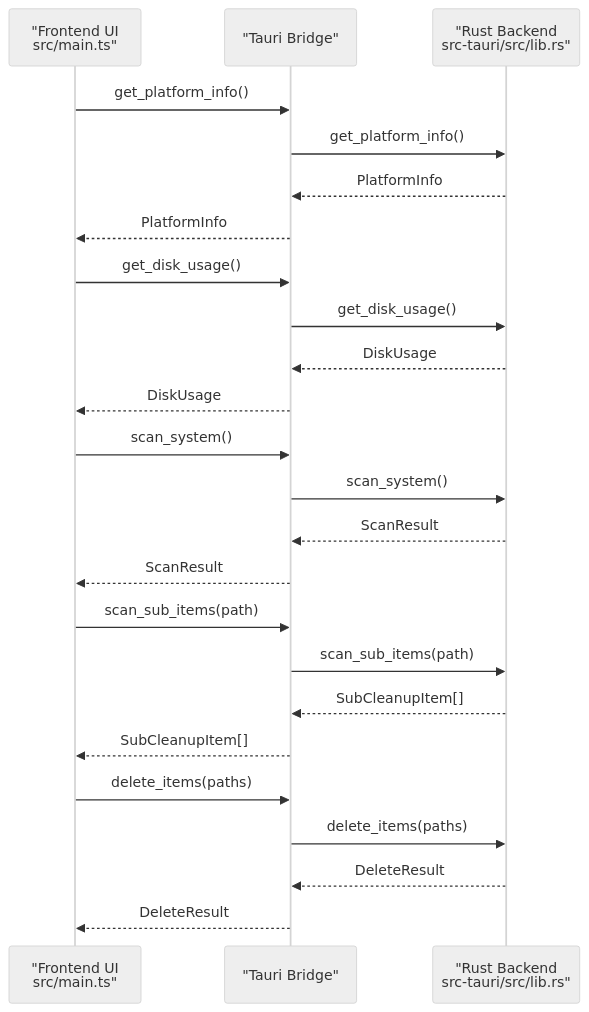
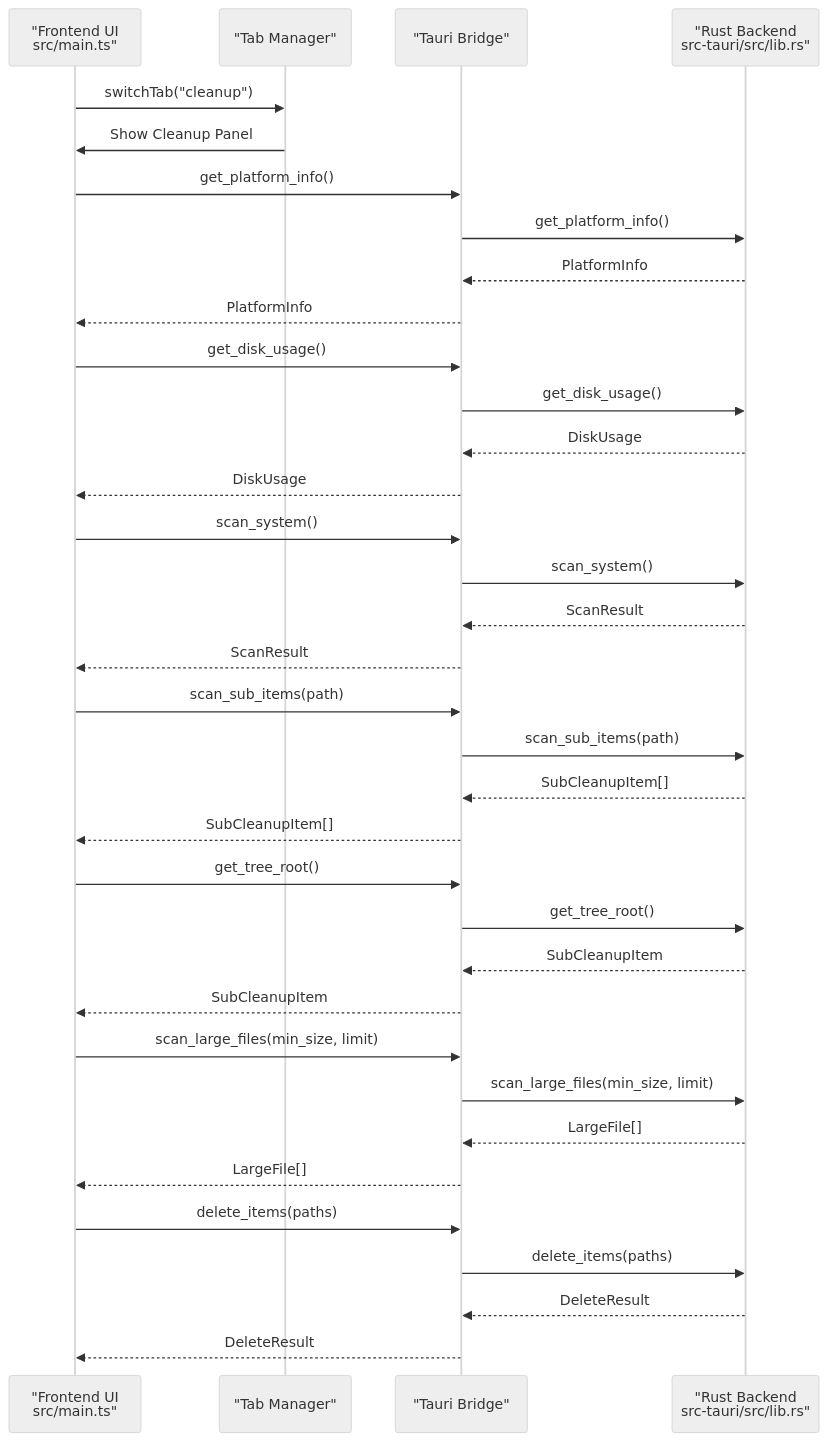
Before and after one commit to mrtruongleo/FreeSpaceMacos: the second of 12 diagrams in .qoder/repowiki/en/content/Core Features Documentation/Core Features Documentation.md, drawn with Mermaid (neutral theme). The commit also changed other lines of this file and 31 other files, not shown here.

````diff
--- a/.qoder/repowiki/en/content/Core Features Documentation/Core Features Documentation.md
+++ b/.qoder/repowiki/en/content/Core Features Documentation/Core Features Documentation.md
@@ -114,26 +150,37 @@
 ```mermaid
 sequenceDiagram
 participant UI as "Frontend UI<br/>src/main.ts"
+participant Tabs as "Tab Manager"
 participant Tauri as "Tauri Bridge"
 participant Backend as "Rust Backend<br/>src-tauri/src/lib.rs"
+UI->>Tabs : switchTab("cleanup")
+Tabs->>UI : Show Cleanup Panel
 UI->>Tauri : get_platform_info()
 Tauri->>Backend : get_platform_info()
 Backend-->>Tauri : PlatformInfo
 Tauri-->>UI : PlatformInfo
 UI->>Tauri : get_disk_usage()
 Tauri->>Backend : get_disk_usage()
 Backend-->>Tauri : DiskUsage
 Tauri-->>UI : DiskUsage
 UI->>Tauri : scan_system()
 Tauri->>Backend : scan_system()
 Backend-->>Tauri : ScanResult
 Tauri-->>UI : ScanResult
 UI->>Tauri : scan_sub_items(path)
 Tauri->>Backend : scan_sub_items(path)
 Backend-->>Tauri : SubCleanupItem[]
 Tauri-->>UI : SubCleanupItem[]
+UI->>Tauri : get_tree_root()
+Tauri->>Backend : get_tree_root()
+Backend-->>Tauri : SubCleanupItem
+Tauri-->>UI : SubCleanupItem
+UI->>Tauri : scan_large_files(min_size, limit)
+Tauri->>Backend : scan_large_files(min_size, limit)
+Backend-->>Tauri : LargeFile[]
+Tauri-->>UI : LargeFile[]
 UI->>Tauri : delete_items(paths)
 Tauri->>Backend : delete_items(paths)
 Backend-->>Tauri : DeleteResult
 Tauri-->>UI : DeleteResult
 ```
````
